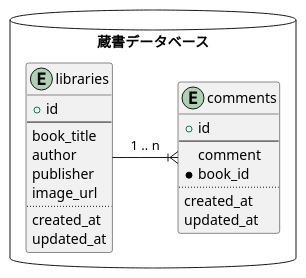
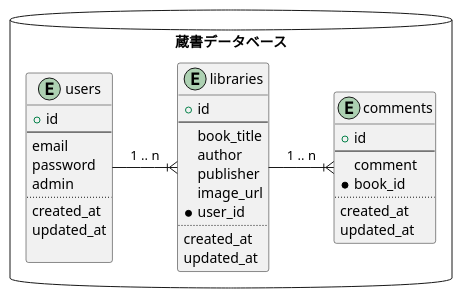
One commit to 40node/node006 changed the diagram in uml/er.pu. Above: the diagram before and after it, drawn with PlantUML. The commit also changed 8 other files, not shown here.

```diff
--- a/uml/er.pu
+++ b/uml/er.pu
@@ -1,25 +1,38 @@
 @startuml database
 package 蔵書データベース <<Database>> {
+  entity users {
+    + id
+    --
+    email
+    password
+    admin
+    ..
+    created_at
+    updated_at
+
+  }
   entity libraries {
     + id
     --
     book_title
     author
     publisher
     image_url
+    * user_id
     ..
     created_at
     updated_at
   }
   entity comments {
     + id
     --
     comment
     * book_id
     ..
     created_at
     updated_at
   }
 }
+users -ri-|{ libraries : 1 .. n
 libraries -ri-|{ comments : 1 .. n
 @enduml
```
